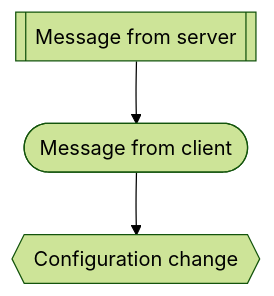
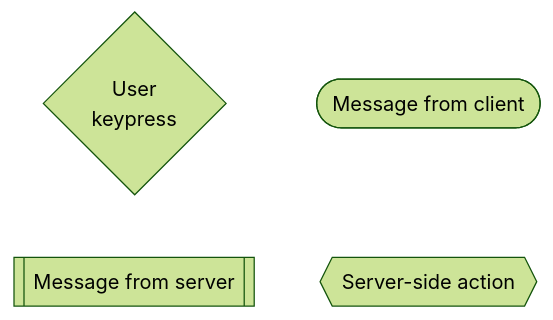
Before and after one commit to wisq/ex_mush: the first of 5 diagrams in TELNET.md, drawn with Mermaid (forest theme).

Commit message:
Adjust legend.

````diff
--- a/TELNET.md
+++ b/TELNET.md
@@ -7,6 +7,6 @@
 ```mermaid
-flowchart TD
-    server[[ Message from server ]]
-    server --> client([ Message from client ])
-    client --> config{{ Configuration change }}
+flowchart LR
+    key{ User <br/> keypress } --> client([ Message from client ])
+    server[[ Message from server ]] --> action{{ Server-side action }}
+    linkStyle default display:none;
 ```
````
